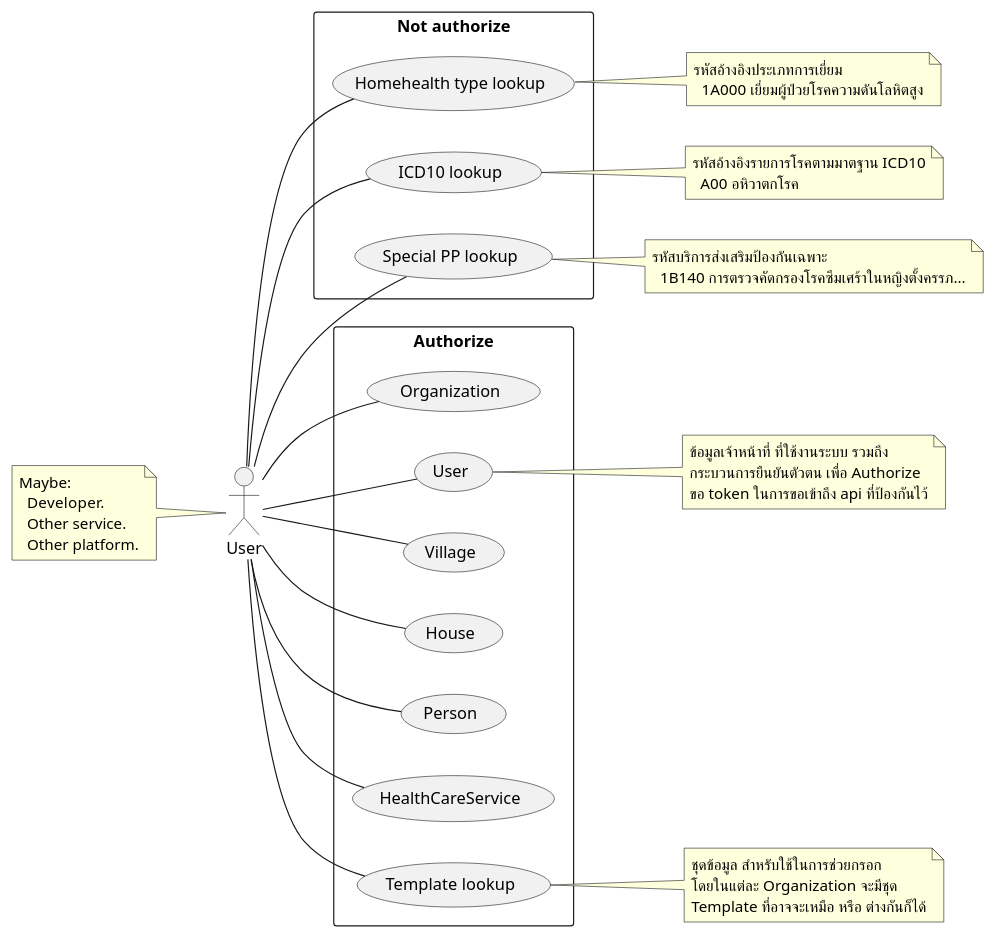
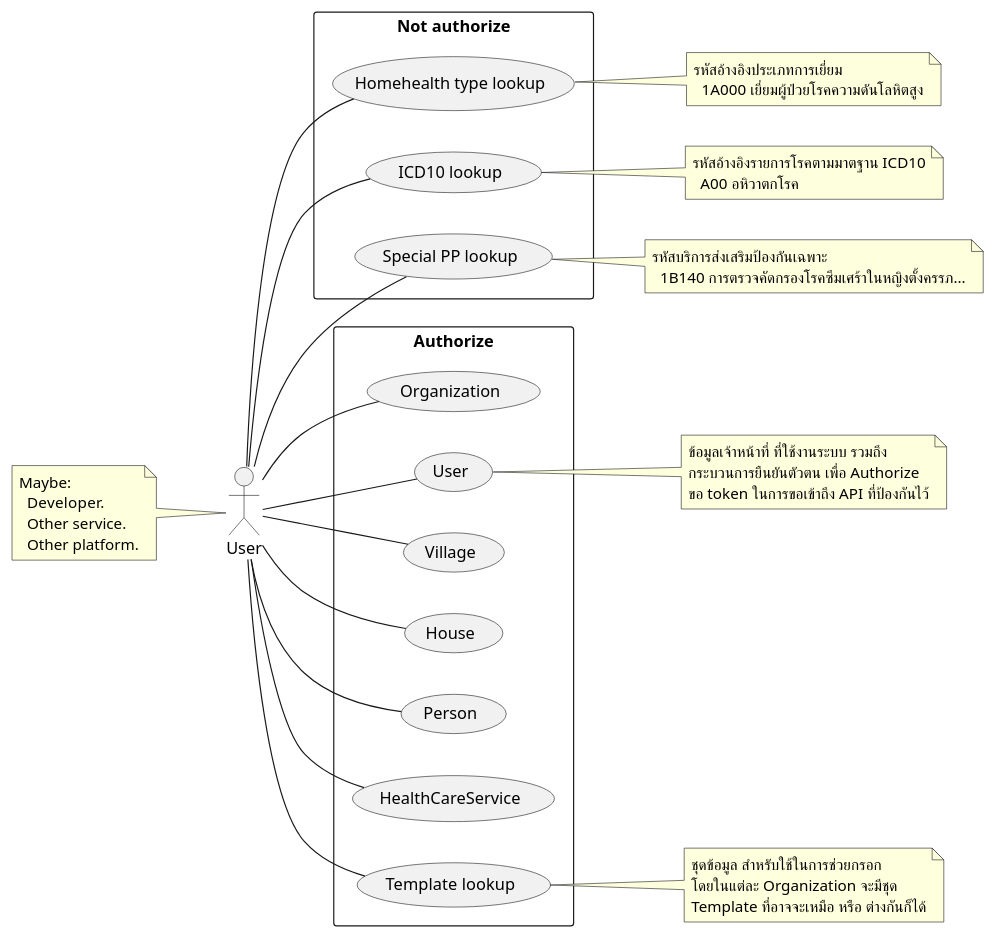
The diagram in uml/intro.plantuml (ffc-nectec/api-doc), drawn with PlantUML before and after one commit. The commit also changed 2 other files, not shown here.

```diff
--- a/uml/intro.plantuml
+++ b/uml/intro.plantuml
@@ -1,55 +1,55 @@
 @startuml
 left to right direction
 
 :User: as Dev
 note left of Dev
 Maybe:
   Developer.
   Other service.
   Other platform.
 end note
 
 rectangle "Not authorize" {
   Dev -- (Homehealth type lookup)
   Dev -- (ICD10 lookup)
   Dev -- (Special PP lookup)
 }
 
 note right of (Homehealth type lookup)
 รหัสอ้างอิงประเภทการเยี่ยม
   1A000 เยี่ยมผู้ป่วยโรคความดันโลหิตสูง
 endnote
 
 note right of (ICD10 lookup)
 รหัสอ้างอิงรายการโรคตามมาตฐาน ICD10
   A00 อหิวาตกโรค
 endnote
 
 note right of (Special PP lookup)
 รหัสบริการส่งเสริมป้องกันเฉพาะ
   1B140 การตรวจคัดกรองโรคซึมเศร้าในหญิงตั้งครรภ...
 endnote
 
 rectangle Authorize {
   Dev -- (Organization)
   Dev -- (User)
   Dev -- (Village)
   Dev -- (House)
   Dev -- (Person)
   Dev -- (HealthCareService)
   Dev -- (Template lookup)
 }
 
 note right of (User)
 ข้อมูลเจ้าหน้าที่ ที่ใช้งานระบบ รวมถึง
 กระบวนการยืนยันตัวตน เพื่อ Authorize
-ขอ token ในการขอเข้าถึง api ที่ป้องกันไว้
+ขอ token ในการขอเข้าถึง API ที่ป้องกันไว้
 endnote
 
 note right of (Template lookup)
 ชุดข้อมูล สำหรับใช้ในการช่วยกรอก
 โดยในแต่ละ Organization จะมีชุด
 Template ที่อาจจะเหมือ หรือ ต่างกันก็ได้
 endnote
 
 @enduml
```
